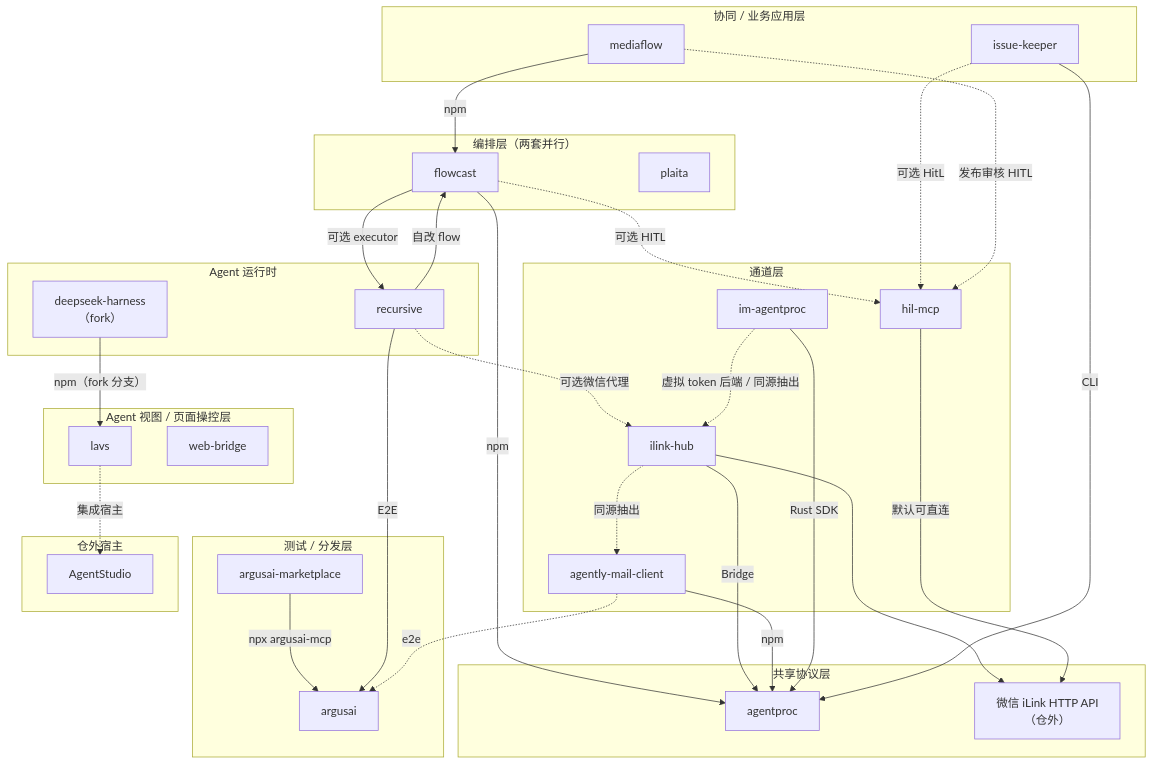
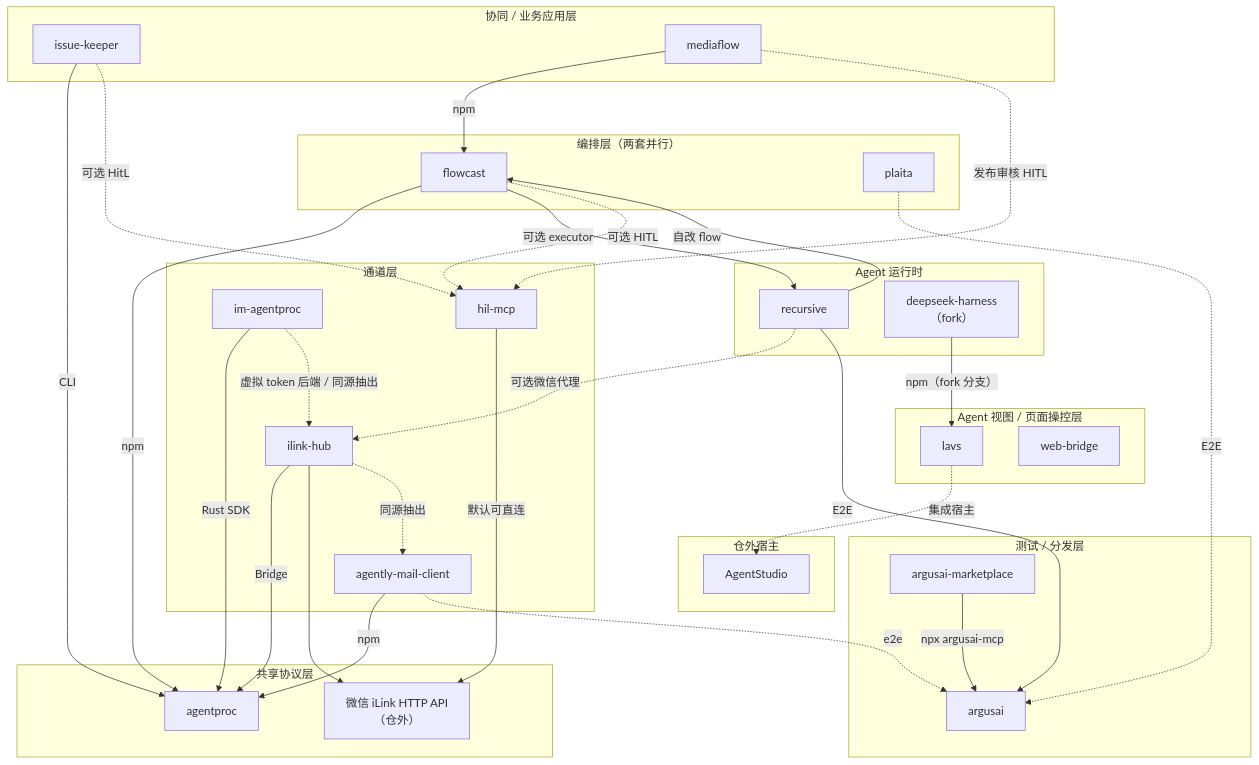
One commit to jeffkit/infra4agent changed the first of 2 diagrams in docs/ARCHITECTURE.md. Above: the diagram before and after it, drawn with Mermaid. The commit also changed other lines of this file, not shown here.

Commit message:
docs(ARCHITECTURE): plaita console 接入 argusai 全系统 E2E——补 plaita→argusai 依赖边（工具链依赖，非包依赖）

````diff
--- a/docs/ARCHITECTURE.md
+++ b/docs/ARCHITECTURE.md
@@ -33,65 +33,66 @@
 ```mermaid
 flowchart TB
   subgraph collab["协同 / 业务应用层"]
     IK["issue-keeper"]
     MF["mediaflow"]
   end
 
   subgraph test["测试 / 分发层"]
     AM["argusai-marketplace"]
     AA["argusai"]
     AM -->|npx argusai-mcp| AA
   end
 
   subgraph ui["Agent 视图 / 页面操控层"]
     LAVS["lavs"]
     WB["web-bridge"]
   end
 
   subgraph orch["编排层（两套并行）"]
     FC["flowcast"]
     PL["plaita"]
   end
 
   subgraph runtime["Agent 运行时"]
     REC["recursive"]
     DSH["deepseek-harness<br/>（fork）"]
   end
 
   subgraph channel["通道层"]
     IH["ilink-hub"]
     IMAP["im-agentproc"]
     HITL["hil-mcp"]
     MAIL["agently-mail-client"]
   end
 
   subgraph shared["共享协议层"]
     AP["agentproc"]
     ILINK["微信 iLink HTTP API<br/>（仓外）"]
   end
 
   subgraph external["仓外宿主"]
     AS["AgentStudio"]
   end
 
   FC -->|npm| AP
   FC -->|可选 executor| REC
   FC -.->|可选 HITL| HITL
   REC -->|自改 flow| FC
   REC -.->|可选微信代理| IH
   REC -->|E2E| AA
   IH -->|Bridge| AP
   IH --> ILINK
   IH -.->|同源抽出| MAIL
   MAIL -->|npm| AP
   IMAP -->|Rust SDK| AP
   IMAP -.->|虚拟 token 后端 / 同源抽出| IH
   HITL -->|默认可直连| ILINK
   IK -->|CLI| AP
   IK -.->|可选 HitL| HITL
   MAIL -.->|e2e| AA
+  PL -.->|E2E| AA
   MF -->|npm| FC
   MF -.->|发布审核 HITL| HITL
   DSH -->|npm（fork 分支）| LAVS
   LAVS -.->|集成宿主| AS
 ```
````
